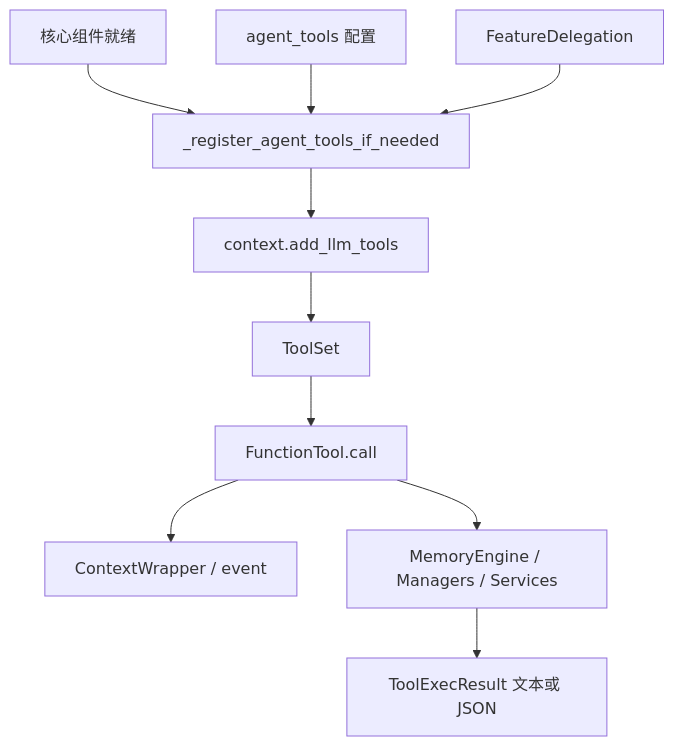
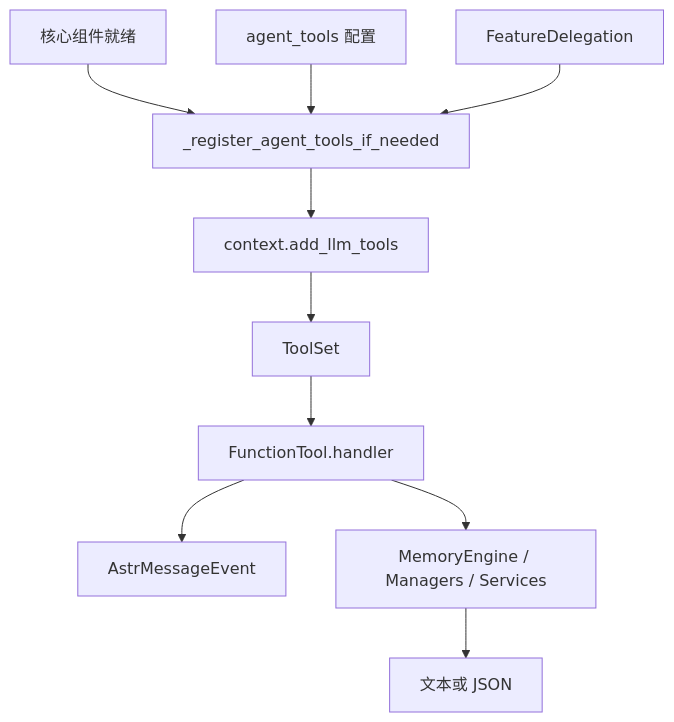
The diagram in core/tools/AGENTS.md (INSide-734/astrbot_plugin_memora), drawn with Mermaid before and after one commit. The commit also changed other lines of this file and 22 other files, not shown here.

Commit message:
refactor(tools): use public function tool handlers

````diff
--- a/core/tools/AGENTS.md
+++ b/core/tools/AGENTS.md
@@ -13,12 +13,12 @@
 ```mermaid
 flowchart TD
     READY[核心组件就绪] --> REG[_register_agent_tools_if_needed]
     CFG[agent_tools 配置] --> REG
     FD[FeatureDelegation] --> REG
     REG --> ADD[context.add_llm_tools]
     ADD --> TS[ToolSet]
-    TS --> CALL[FunctionTool.call]
-    CALL --> CTX[ContextWrapper / event]
-    CALL --> DOMAIN[MemoryEngine / Managers / Services]
-    DOMAIN --> OUT[ToolExecResult 文本或 JSON]
+    TS --> HANDLER[FunctionTool.handler]
+    HANDLER --> EVENT[AstrMessageEvent]
+    HANDLER --> DOMAIN[MemoryEngine / Managers / Services]
+    DOMAIN --> OUT[文本或 JSON]
 ```
````
